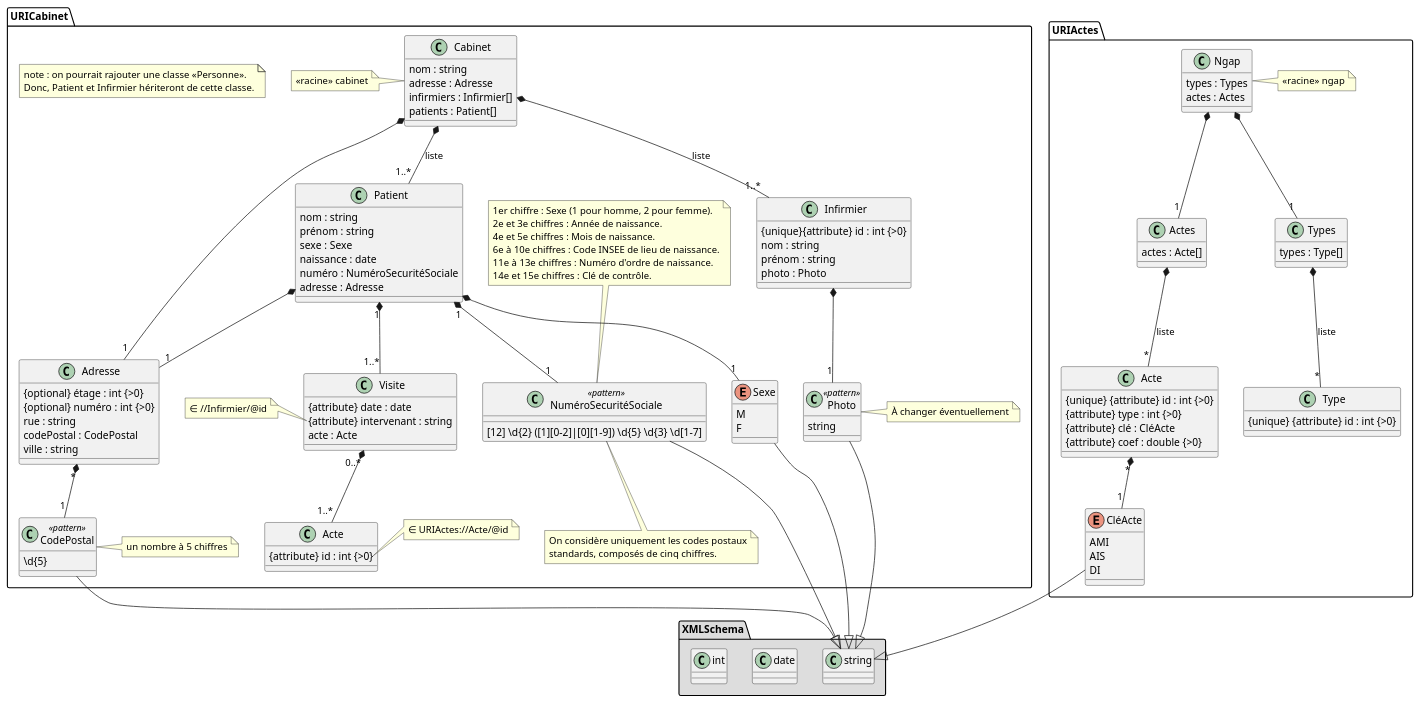
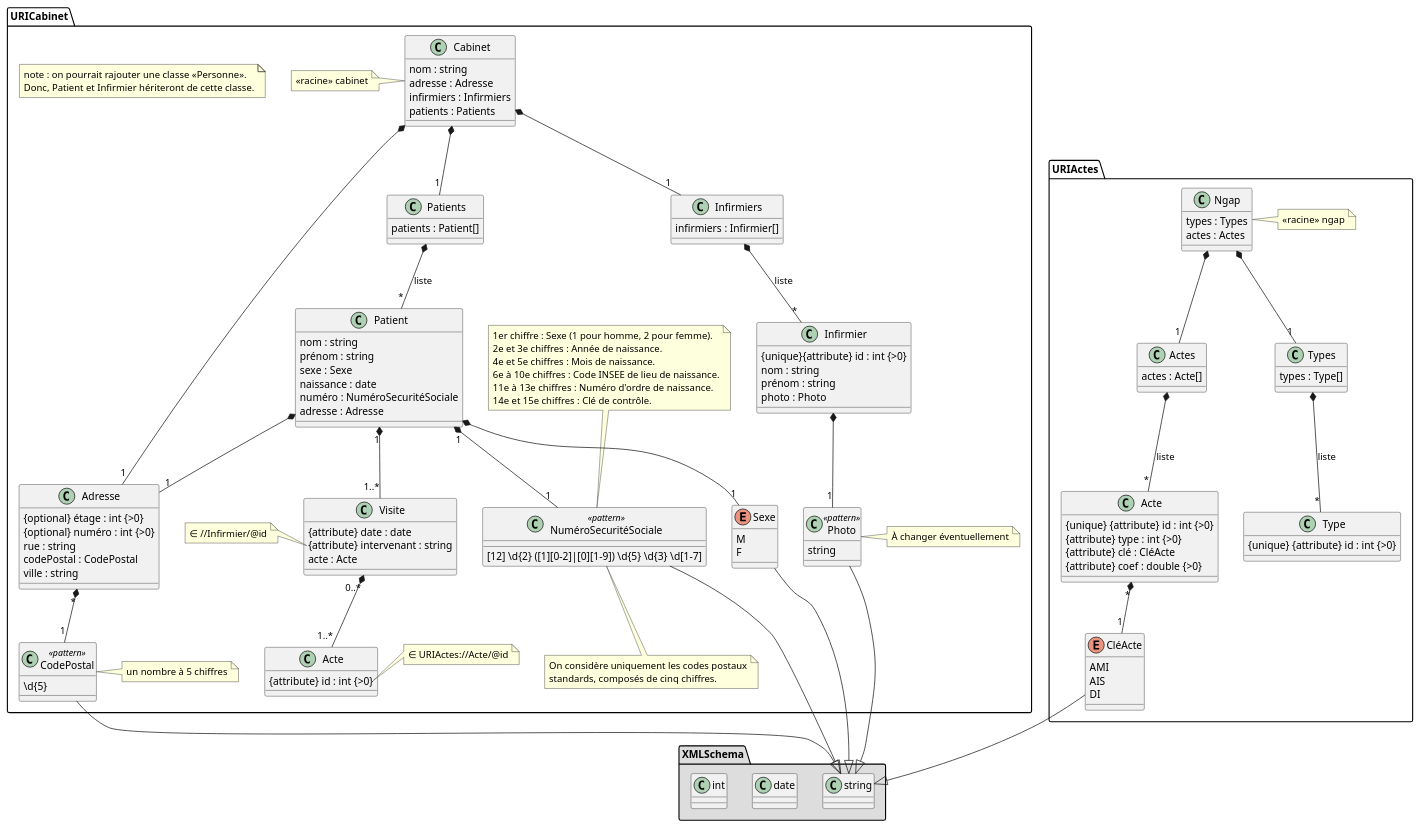
The diagram in data/uml/cabinet.puml (TennesseeAlves/CabinetInfirmier), drawn with PlantUML before and after one commit.

Commit message:
correction cabinet.puml suite au retour du prof

```diff
--- a/data/uml/cabinet.puml
+++ b/data/uml/cabinet.puml
@@ -1,171 +1,182 @@
 @startuml
 
 'skinparam linetype ortho
 'l'instruction au dessus est pour avoir des lignes orthogonales...
 
 package XMLSchema #DDDDDD {
     class string
     class date
     class int
 }
 
 package URICabinet {
     note as noteHeritagePersonne
         note : on pourrait rajouter une classe «Personne».
         Donc, Patient et Infirmier hériteront de cette classe.
     end note
     
     class Cabinet {
         nom : string
         adresse : Adresse
-        infirmiers : Infirmier[]
-        patients : Patient[]
+        infirmiers : Infirmiers
+        patients : Patients
     }
     note left of Cabinet
         <<racine>> cabinet
     end note
+    
+    class Patients {
+        patients : Patient[]
+    }
+    class Infirmiers {
+        infirmiers : Infirmier[]
+    }
     
     class Infirmier {
         {unique}{attribute} id : int {>0} 
         nom : string
         prénom : string
         photo : Photo
     }
     class Photo <<pattern>> {
         string
     }
     note right of Photo
         À changer éventuellement
     end note
     
     class Patient {
         nom : string
         prénom : string
         sexe : Sexe
         naissance : date
         numéro : NuméroSecuritéSociale
         adresse : Adresse
     }
     
     class Adresse {
         {optional} étage : int {>0}
         {optional} numéro : int {>0}
         rue : string
         codePostal : CodePostal
         ville : string
     }
     
     Enum Sexe  {
         M
         F
     }
     
     class NuméroSecuritéSociale <<pattern>> {
         [12] \d{2} ([1][0-2]|[0][1-9]) \d{5} \d{3} \d[1-7]
     }
     note top of NuméroSecuritéSociale
         1er chiffre : Sexe (1 pour homme, 2 pour femme).
         2e et 3e chiffres : Année de naissance.
         4e et 5e chiffres : Mois de naissance.
         6e à 10e chiffres : Code INSEE de lieu de naissance.
         11e à 13e chiffres : Numéro d'ordre de naissance.
         14e et 15e chiffres : Clé de contrôle.
     end note
     note bottom of NuméroSecuritéSociale
         On considère uniquement les codes postaux
         standards, composés de cinq chiffres.
     end note
     
     class CodePostal <<pattern>> {
         \d{5}
     }
     note right of CodePostal
         un nombre à 5 chiffres
     end note
     
     class Visite {
         {attribute} date : date
         {attribute} intervenant : string
         acte : Acte
     }
     note left of Visite::intervenant
         ∈ //Infirmier/@id
     end note
     
     class Acte {
         {attribute} id : int {>0}
     }
     note right of Acte::id
         ∈ URIActes://Acte/@id
     end note
     
-    Cabinet *--"1..*" Infirmier : liste
-    Cabinet *--"1..*" Patient : liste
+    Cabinet *--"1" Infirmiers
+    Cabinet *--"1" Patients
     Cabinet *--"1" Adresse
     
     Infirmier *-- "1" Photo
+    
+    Infirmiers *-- "*" Infirmier : liste
     
     Patient *--"1" Sexe
     Patient "1"*--"1..*" Visite
     Patient "1"*--"1" NuméroSecuritéSociale
     Patient *--"1" Adresse
+    
+    Patients *-- "*" Patient : liste
     
     Visite "0..*"*--"1..*" Acte
     
     Adresse "*" *--"1" CodePostal
     
     Sexe --|> string
     NuméroSecuritéSociale --|> string
     CodePostal --|> string
     Photo --|> string
 }
 
 
 
 package URIActes {
     class Ngap {
         types : Types
         actes : Actes
     }
     note right of Ngap
         «racine» ngap
     end note
     class Acte {
         {unique} {attribute} id : int {>0}
         {attribute} type : int {>0}
         {attribute} clé : CléActe
         {attribute} coef : double {>0}
     }
     note right of Acte::type
         ∈ //Type/@id
     end note
     
     class Actes {
         actes : Acte[]
     }
     
     class Type {
         {unique} {attribute} id : int {>0}
     }
     class Types {
         types : Type[]
     }
     
     enum CléActe {
         AMI
         AIS
         DI
     }
     
     Ngap *--"1" Types
     Ngap *--"1" Actes
     
     Actes *--"*" Acte : liste
     Acte "*"*--"1" CléActe
     
     Types *--"*" Type : liste
     
     CléActe --|> string
 }
 
 @enduml
```
